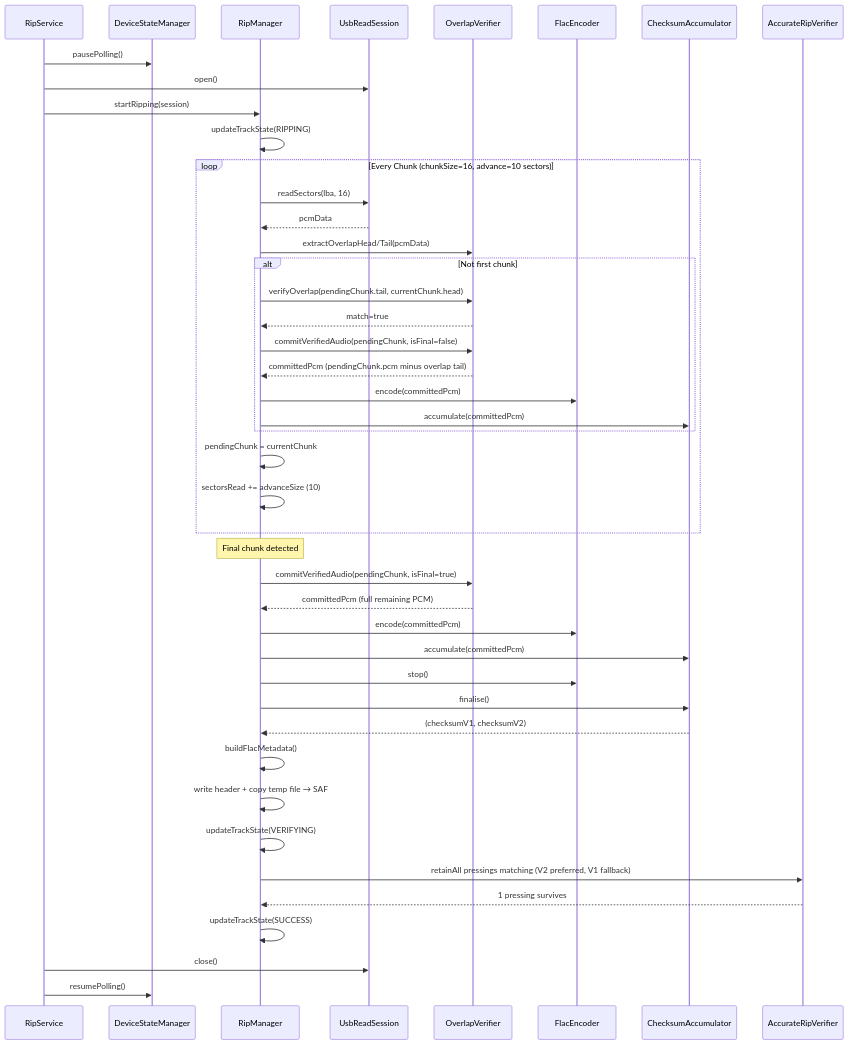
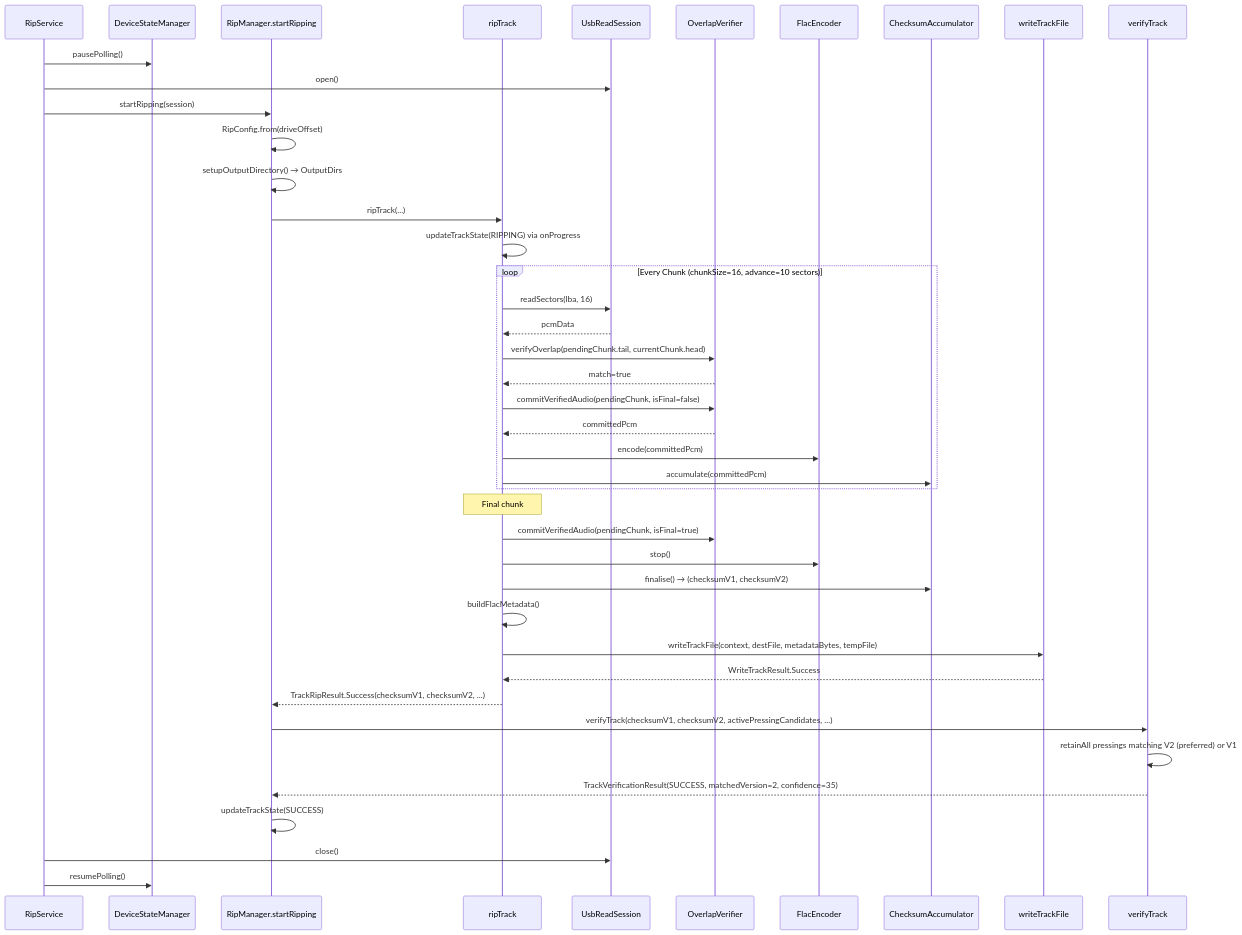
The first of 3 diagrams in docs/ripping/RipManager.md (steve-keep/BitPerfect), drawn with Mermaid before and after one commit. The commit also changed other lines of this file, not shown here.

````diff
--- a/docs/ripping/RipManager.md
+++ b/docs/ripping/RipManager.md
@@ -243,55 +395,51 @@
 ```mermaid
 sequenceDiagram
     participant RS as RipService
     participant DSM as DeviceStateManager
-    participant RM as RipManager
+    participant RM as RipManager.startRipping
+    participant RT as ripTrack
     participant URS as UsbReadSession
     participant OV as OverlapVerifier
     participant FLAC as FlacEncoder
     participant ACC as ChecksumAccumulator
-    participant ARV as AccurateRipVerifier
+    participant WTF as writeTrackFile
+    participant VT as verifyTrack
 
     RS->>DSM: pausePolling()
     RS->>URS: open()
     RS->>RM: startRipping(session)
 
-    RM->>RM: updateTrackState(RIPPING)
+    RM->>RM: RipConfig.from(driveOffset)
+    RM->>RM: setupOutputDirectory() → OutputDirs
+    RM->>RT: ripTrack(...)
+
+    RT->>RT: updateTrackState(RIPPING) via onProgress
 
     loop Every Chunk (chunkSize=16, advance=10 sectors)
-        RM->>URS: readSectors(lba, 16)
-        URS-->>RM: pcmData
-
-        RM->>OV: extractOverlapHead/Tail(pcmData)
-        alt Not first chunk
-            RM->>OV: verifyOverlap(pendingChunk.tail, currentChunk.head)
-            OV-->>RM: match=true
-            RM->>OV: commitVerifiedAudio(pendingChunk, isFinal=false)
-            OV-->>RM: committedPcm (pendingChunk.pcm minus overlap tail)
-            RM->>FLAC: encode(committedPcm)
-            RM->>ACC: accumulate(committedPcm)
-        end
-        RM->>RM: pendingChunk = currentChunk
-        RM->>RM: sectorsRead += advanceSize (10)
+        RT->>URS: readSectors(lba, 16)
+        URS-->>RT: pcmData
+        RT->>OV: verifyOverlap(pendingChunk.tail, currentChunk.head)
+        OV-->>RT: match=true
+        RT->>OV: commitVerifiedAudio(pendingChunk, isFinal=false)
+        OV-->>RT: committedPcm
+        RT->>FLAC: encode(committedPcm)
+        RT->>ACC: accumulate(committedPcm)
     end
 
-    note over RM: Final chunk detected
-    RM->>OV: commitVerifiedAudio(pendingChunk, isFinal=true)
-    OV-->>RM: committedPcm (full remaining PCM)
-    RM->>FLAC: encode(committedPcm)
-    RM->>ACC: accumulate(committedPcm)
+    note over RT: Final chunk
+    RT->>OV: commitVerifiedAudio(pendingChunk, isFinal=true)
+    RT->>FLAC: stop()
+    RT->>ACC: finalise() → (checksumV1, checksumV2)
+    RT->>RT: buildFlacMetadata()
+    RT->>WTF: writeTrackFile(context, destFile, metadataBytes, tempFile)
+    WTF-->>RT: WriteTrackResult.Success
+    RT-->>RM: TrackRipResult.Success(checksumV1, checksumV2, ...)
 
-    RM->>FLAC: stop()
-    RM->>ACC: finalise()
-    ACC-->>RM: (checksumV1, checksumV2)
-
-    RM->>RM: buildFlacMetadata()
-    RM->>RM: write header + copy temp file → SAF
-
-    RM->>RM: updateTrackState(VERIFYING)
-    RM->>ARV: retainAll pressings matching (V2 preferred, V1 fallback)
-    ARV-->>RM: 1 pressing survives
+    RM->>VT: verifyTrack(checksumV1, checksumV2, activePressingCandidates, ...)
+    VT->>VT: retainAll pressings matching V2 (preferred) or V1
+    VT-->>RM: TrackVerificationResult(SUCCESS, matchedVersion=2, confidence=35)
     RM->>RM: updateTrackState(SUCCESS)
 
     RS->>URS: close()
     RS->>DSM: resumePolling()
 ```
````
